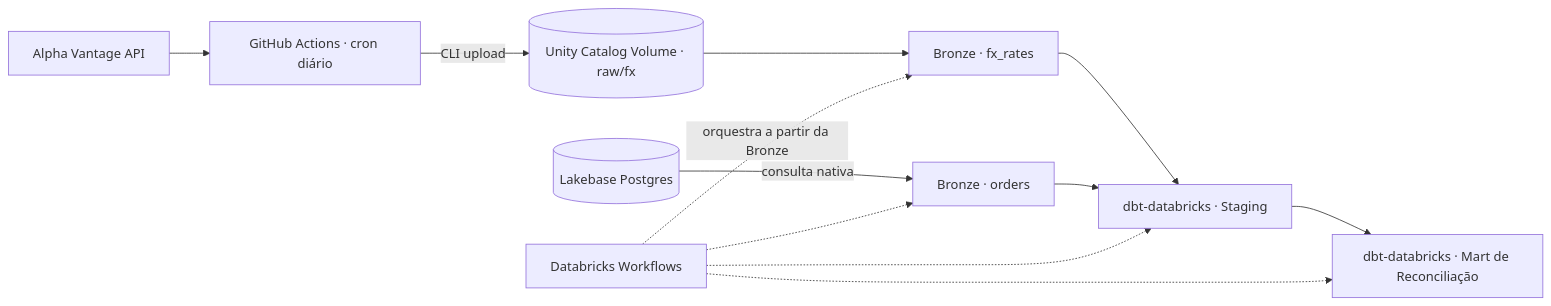
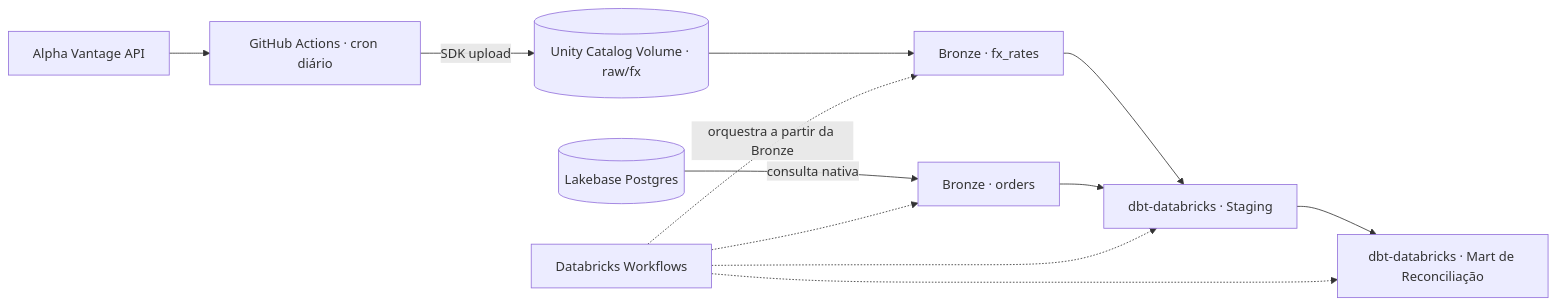
One commit to Damazordon/Damazordon changed the diagram in README.md. Above: the diagram before and after it, drawn with Mermaid. The commit also changed other lines of this file, not shown here.

````diff
--- a/README.md
+++ b/README.md
@@ -24,14 +24,14 @@
 ```mermaid
 flowchart LR
     A[Alpha Vantage API] --> AGH[GitHub Actions · cron diário]
-    AGH -->|CLI upload| VOL[(Unity Catalog Volume · raw/fx)]
+    AGH -->|SDK upload| VOL[(Unity Catalog Volume · raw/fx)]
     VOL --> BFX[Bronze · fx_rates]
     LKB[(Lakebase Postgres)] -->|consulta nativa| BORD[Bronze · orders]
     BFX --> STG[dbt-databricks · Staging]
     BORD --> STG
     STG --> MART[dbt-databricks · Mart de Reconciliação]
     WF[Databricks Workflows] -.orquestra a partir da Bronze.-> BFX
     WF -.-> BORD
     WF -.-> STG
     WF -.-> MART
 ```
````
